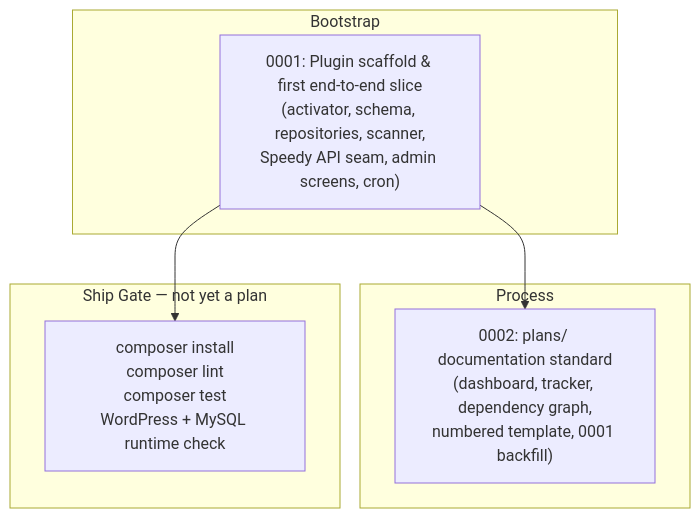
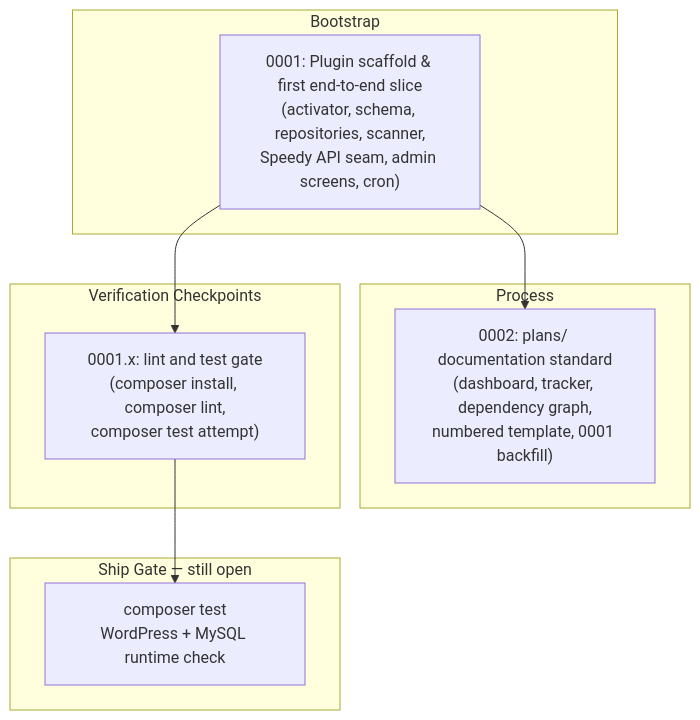
Before and after one commit to VictorBravo9er/wp-plugin-speedy-sensor: the diagram in plans/README.md, drawn with Mermaid. The commit also changed other lines of this file and 38 other files, not shown here.

````diff
--- a/plans/README.md
+++ b/plans/README.md
@@ -24,17 +24,22 @@
 ```mermaid
 flowchart TD
     subgraph Bootstrap["Bootstrap"]
         P01["0001: Plugin scaffold &amp; first end-to-end slice<br/>(activator, schema, repositories, scanner,<br/>Speedy API seam, admin screens, cron)"]
     end
 
     subgraph Process["Process"]
         P02["0002: plans/ documentation standard<br/>(dashboard, tracker, dependency graph,<br/>numbered template, 0001 backfill)"]
     end
 
-    subgraph Gate["Ship Gate — not yet a plan"]
-        G01["composer install<br/>composer lint<br/>composer test<br/>WordPress + MySQL runtime check"]
+    subgraph Checkpoints["Verification Checkpoints"]
+        P01X["0001.x: lint and test gate<br/>(composer install, composer lint,<br/>composer test attempt)"]
+    end
+
+    subgraph Gate["Ship Gate — still open"]
+        G01["composer test<br/>WordPress + MySQL runtime check"]
     end
 
     P01 --> P02
-    P01 --> G01
+    P01 --> P01X
+    P01X --> G01
 ```
````
